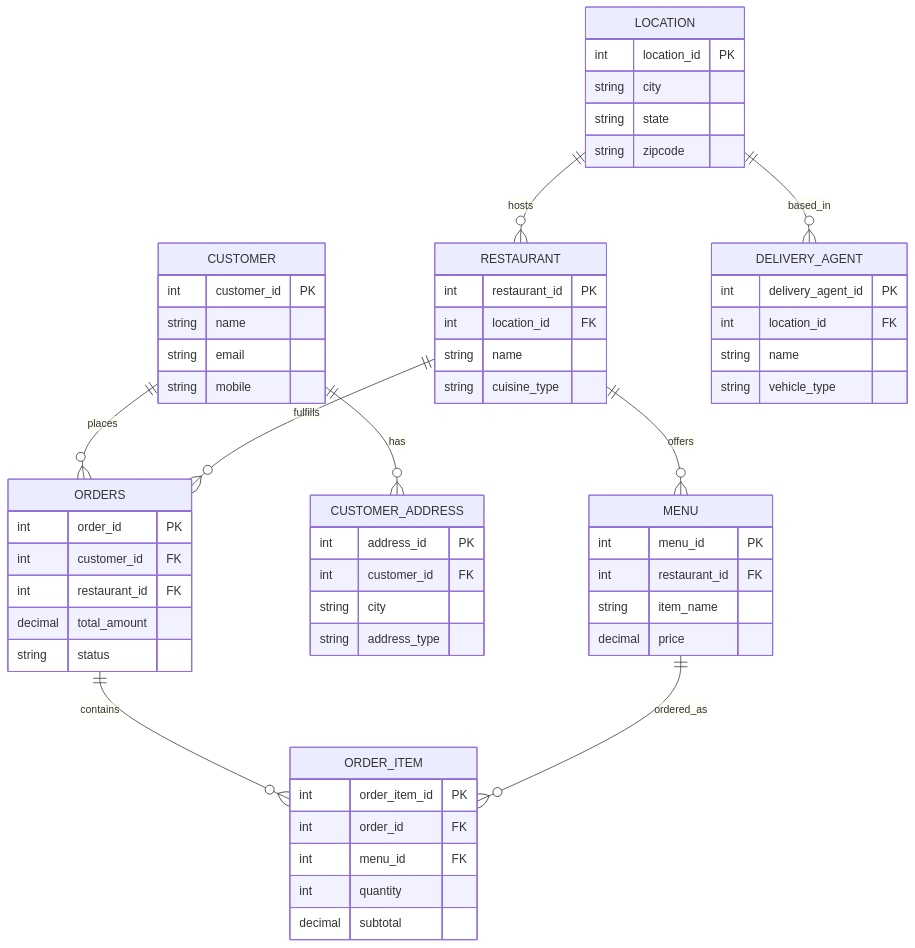
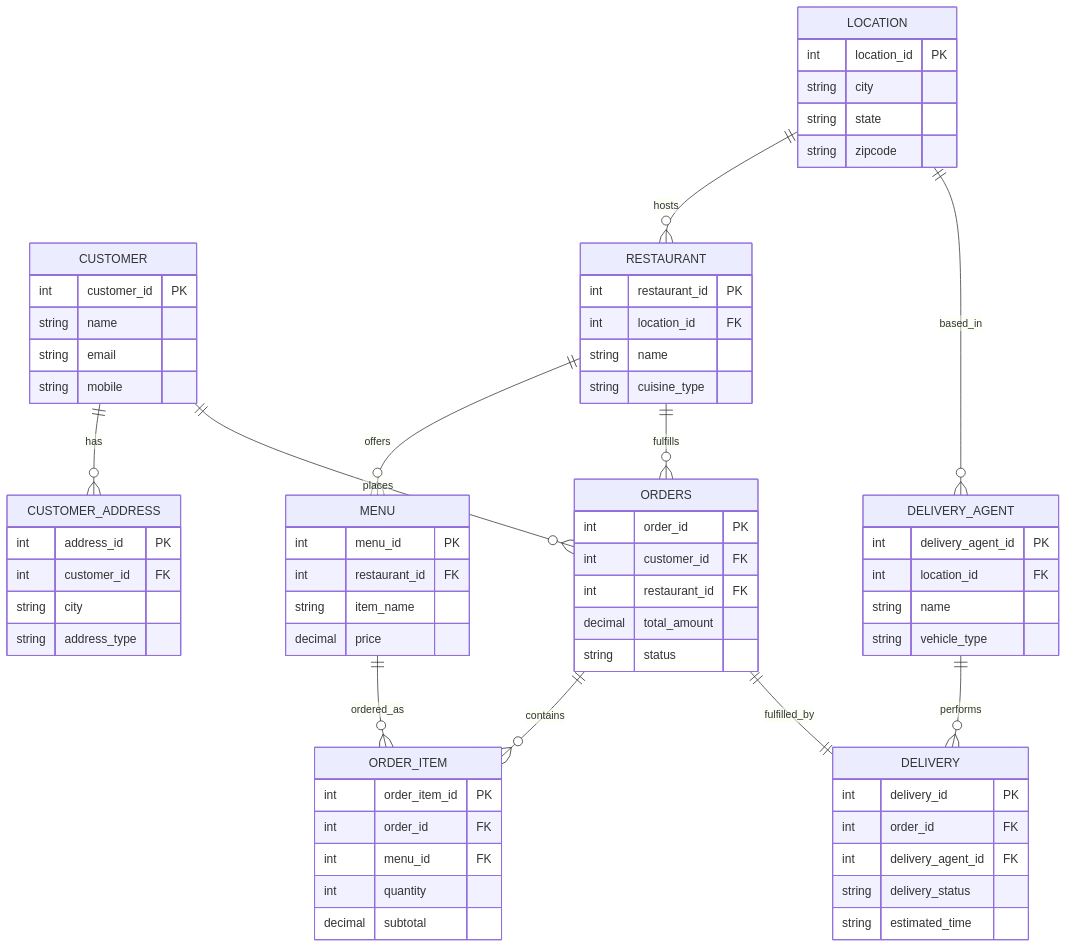
The diagram in README.md (beawesome8/FreshCart-Data-Pipeline), drawn with Mermaid before and after one commit. The commit also changed other lines of this file, not shown here.

Commit message:
Phase 8: document DQ stress test, correct roadmap and CI/CD section

````diff
--- a/README.md
+++ b/README.md
@@ -68,62 +68,71 @@
 ```mermaid
 erDiagram
     LOCATION {
         int location_id PK
         string city
         string state
         string zipcode
     }
     CUSTOMER {
         int customer_id PK
         string name
         string email
         string mobile
     }
     RESTAURANT {
         int restaurant_id PK
         int location_id FK
         string name
         string cuisine_type
     }
     MENU {
         int menu_id PK
         int restaurant_id FK
         string item_name
         decimal price
     }
     DELIVERY_AGENT {
         int delivery_agent_id PK
         int location_id FK
         string name
         string vehicle_type
     }
     CUSTOMER_ADDRESS {
         int address_id PK
         int customer_id FK
         string city
         string address_type
     }
     ORDERS {
         int order_id PK
         int customer_id FK
         int restaurant_id FK
         decimal total_amount
         string status
     }
     ORDER_ITEM {
         int order_item_id PK
         int order_id FK
         int menu_id FK
         int quantity
         decimal subtotal
     }
+    DELIVERY {
+        int delivery_id PK
+        int order_id FK
+        int delivery_agent_id FK
+        string delivery_status
+        string estimated_time
+    }
 
     LOCATION ||--o{ RESTAURANT : "hosts"
     LOCATION ||--o{ DELIVERY_AGENT : "based_in"
     RESTAURANT ||--o{ MENU : "offers"
     CUSTOMER ||--o{ CUSTOMER_ADDRESS : "has"
     CUSTOMER ||--o{ ORDERS : "places"
     RESTAURANT ||--o{ ORDERS : "fulfills"
     ORDERS ||--o{ ORDER_ITEM : "contains"
     MENU ||--o{ ORDER_ITEM : "ordered_as"
+    ORDERS ||--|| DELIVERY : "fulfilled_by"
+    DELIVERY_AGENT ||--o{ DELIVERY : "performs"
 ```
````
